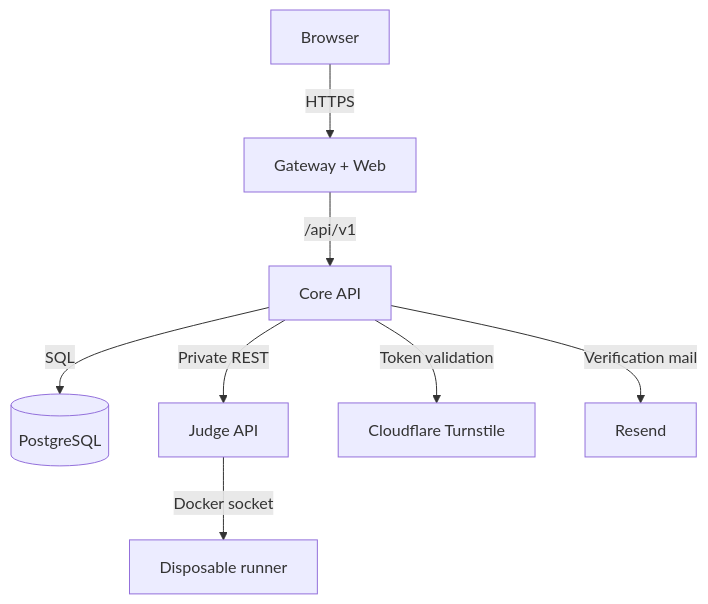
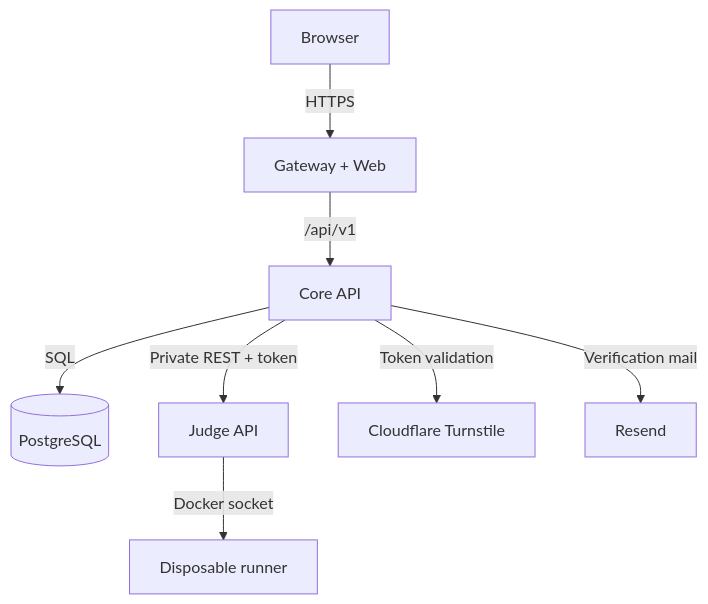
Before and after one commit to intqwq/AlgoQuest: the diagram in docs/ARCHITECTURE.md, drawn with Mermaid. The commit also changed other lines of this file and 25 other files, not shown here.

````diff
--- a/docs/ARCHITECTURE.md
+++ b/docs/ARCHITECTURE.md
@@ -5,10 +5,10 @@
 ```mermaid
 flowchart TD
     B["Browser"] -->|HTTPS| G["Gateway + Web"]
     G -->|"/api/v1"| A["Core API"]
     A -->|SQL| D[("PostgreSQL")]
-    A -->|Private REST| J["Judge API"]
+    A -->|Private REST + token| J["Judge API"]
     J -->|Docker socket| R["Disposable runner"]
     A -->|Token validation| T["Cloudflare Turnstile"]
     A -->|Verification mail| E["Resend"]
 ```
````
